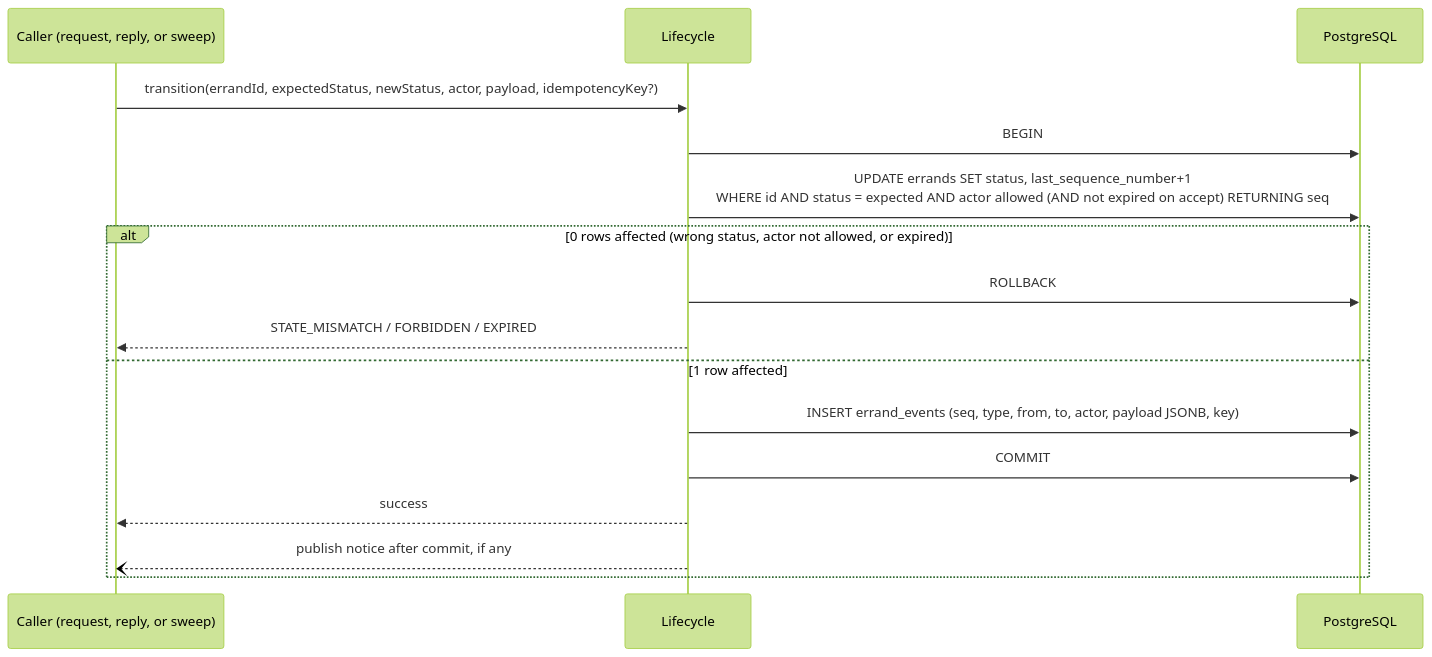
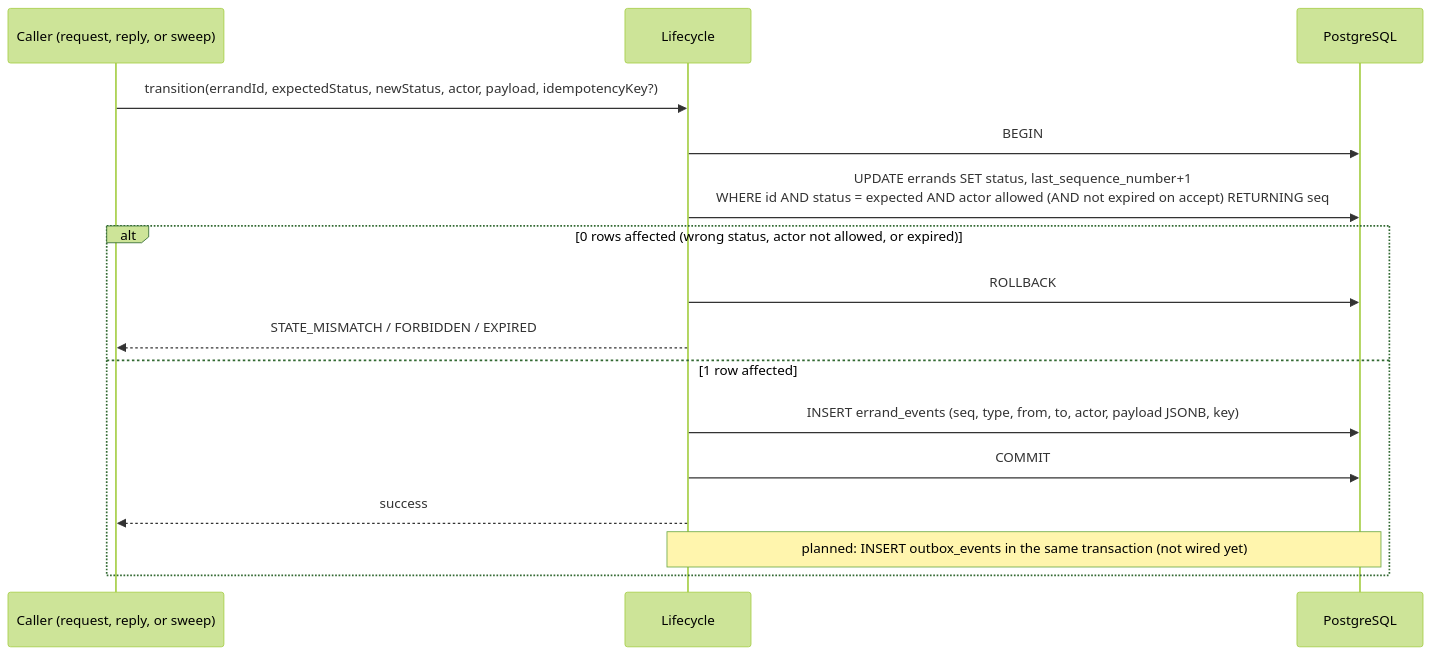
One commit to AY2627S1-CS3219-P27/FoC changed the third of 4 diagrams in order-service/ARCHITECTURE.md. Above: the diagram before and after it, drawn with Mermaid (forest theme). The commit also changed other lines of this file and 4 other files, not shown here.

````diff
--- a/order-service/ARCHITECTURE.md
+++ b/order-service/ARCHITECTURE.md
@@ -125,18 +127,18 @@
 ```mermaid
 sequenceDiagram
   participant C as Caller (request, reply, or sweep)
   participant L as Lifecycle
   participant DB as PostgreSQL
   C->>L: transition(errandId, expectedStatus, newStatus, actor, payload, idempotencyKey?)
   L->>DB: BEGIN
   L->>DB: UPDATE errands SET status, last_sequence_number+1<br/>WHERE id AND status = expected AND actor allowed (AND not expired on accept) RETURNING seq
   alt 0 rows affected (wrong status, actor not allowed, or expired)
     L->>DB: ROLLBACK
     L-->>C: STATE_MISMATCH / FORBIDDEN / EXPIRED
   else 1 row affected
     L->>DB: INSERT errand_events (seq, type, from, to, actor, payload JSONB, key)
     L->>DB: COMMIT
     L-->>C: success
-    L--)C: publish notice after commit, if any
+    Note over L,DB: planned: INSERT outbox_events in the same transaction (not wired yet)
   end
 ```
````
